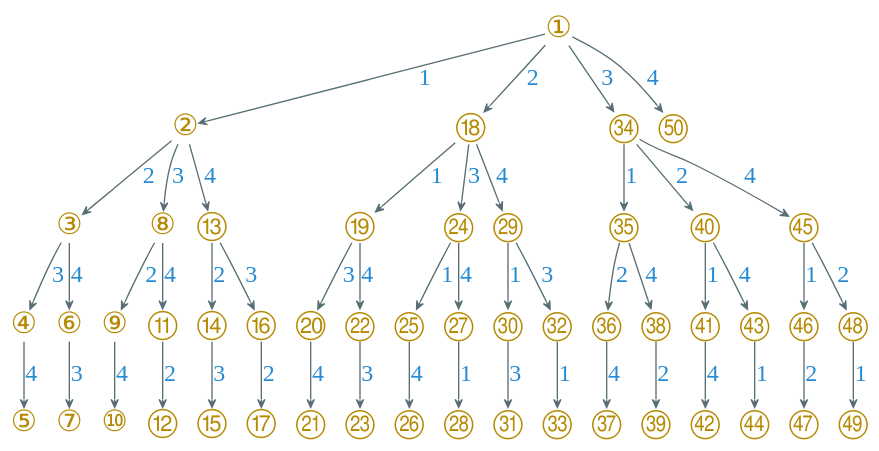
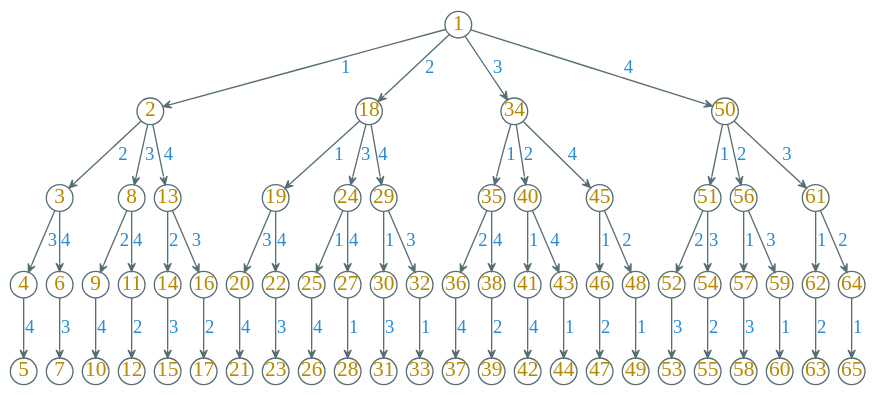
One commit to Avanti1980/course-alg changed the diagram in dot/four-queen-solution-space.dot. Above: the diagram before and after it, drawn with Graphviz. The commit also changed 7 other files, not shown here.

```diff
--- a/dot/four-queen-solution-space.dot
+++ b/dot/four-queen-solution-space.dot
@@ -1,78 +1,100 @@
 digraph g {
     bgcolor=transparent
     rankdir=TB
-    graph [nodesep=0.2, ranksep=0.4]
-    node [shape=plain, color="#586e75", fontcolor="#b58900", fontsize=22, fontname="LXGWWenKai"]
-    edge [arrowhead=vee, color="#586e75", fontcolor="#268bd2", fontsize=18, fontname="LXGWWenKai" arrowsize=0.6]
+    graph [nodesep=0.1, ranksep=0.4]
+    node [shape=circle, fixedsize=true, width=0.28, color="#586e75", fontcolor="#b58900", fontsize=16, fontname="LXGWWenKai"]
+    edge [arrowhead=vee, color="#586e75", fontcolor="#268bd2", fontsize=14, fontname="LXGWWenKai" arrowsize=0.6]
 
-    ① -> ② [label="1"]
-    ① -> ⑱ [label="2"]
-    ① -> ㉞ [label="3"]
-    ① -> ㊿ [label="4"]
+    1 -> 2 [label="1"]
+    1 -> 18 [label="2"]
+    1 -> 34 [label="3"]
+    1 -> 50 [label="4"]
 
-    ② -> ③ [label="2"]
-    ② -> ⑧ [label="3"]
-    ② -> ⑬ [label="4"]
+    2 -> 3 [label="2"]
+    2 -> 8 [label="3"]
+    2 -> 13 [label="4"]
 
-    ③ -> ④ [label="3"]
-    ③ -> ⑥ [label="4"]
+    3 -> 4 [label="3"]
+    3 -> 6 [label="4"]
 
-    ④ -> ⑤ [label="4"]
-    ⑥ -> ⑦ [label="3"]
+    4 -> 5 [label="4"]
+    6 -> 7 [label="3"]
 
-    ⑧ -> ⑨ [label="2"]
-    ⑧ -> ⑪ [label="4"]
+    8 -> 9 [label="2"]
+    8 -> 11 [label="4"]
 
-    ⑨ -> ⑩ [label="4"]
-    ⑪ -> ⑫ [label="2"]
+    9 -> 10 [label="4"]
+    11 -> 12 [label="2"]
 
-    ⑬ -> ⑭ [label="2"]
-    ⑬ -> ⑯ [label="3"]
+    13 -> 14 [label="2"]
+    13 -> 16 [label="3"]
 
-    ⑭ -> ⑮ [label="3"]
-    ⑯ -> ⑰ [label="2"]
+    14 -> 15 [label="3"]
+    16 -> 17 [label="2"]
 
-    ⑱ -> ⑲ [label="1"]
-    ⑱ -> ㉔ [label="3"]
-    ⑱ -> ㉙ [label="4"]
+    18 -> 19 [label="1"]
+    18 -> 24 [label="3"]
+    18 -> 29 [label="4"]
 
-    ⑲ -> ⑳ [label="3"]
-    ⑲ -> ㉒ [label="4"]
+    19 -> 20 [label="3"]
+    19 -> 22 [label="4"]
 
-    ⑳ -> ㉑ [label="4"]
-    ㉒ -> ㉓ [label="3"]
+    20 -> 21 [label="4"]
+    22 -> 23 [label="3"]
 
-    ㉔ -> ㉕ [label="1"]
-    ㉔ -> ㉗ [label="4"]
+    24 -> 25 [label="1"]
+    24 -> 27 [label="4"]
 
-    ㉕ -> ㉖ [label="4"]
-    ㉗ -> ㉘ [label="1"]
+    25 -> 26 [label="4"]
+    27 -> 28 [label="1"]
 
-    ㉙ -> ㉚ [label="1"]
-    ㉙ -> ㉜ [label="3"]
+    29 -> 30 [label="1"]
+    29 -> 32 [label="3"]
 
-    ㉚ -> ㉛ [label="3"]
-    ㉜ -> ㉝ [label="1"]
+    30 -> 31 [label="3"]
+    32 -> 33 [label="1"]
 
-    ㉞ -> ㉟ [label="1"]
-    ㉞ -> ㊵ [label="2"]
-    ㉞ -> ㊺ [label="4"]
+    34 -> 35 [label="1"]
+    34 -> 40 [label="2"]
+    34 -> 45 [label="4"]
 
-    ㉟ -> ㊱ [label="2"]
-    ㉟ -> ㊳ [label="4"]
+    35 -> 36 [label="2"]
+    35 -> 38 [label="4"]
 
-    ㊱ -> ㊲ [label="4"]
-    ㊳ -> ㊴ [label="2"]
+    36 -> 37 [label="4"]
+    38 -> 39 [label="2"]
 
-    ㊵ -> ㊶ [label="1"]
-    ㊵ -> ㊸ [label="4"]
+    40 -> 41 [label="1"]
+    40 -> 43 [label="4"]
 
-    ㊶ -> ㊷ [label="4"]
-    ㊸ -> ㊹ [label="1"]
+    41 -> 42 [label="4"]
+    43 -> 44 [label="1"]
 
-    ㊺ -> ㊻ [label="1"]
-    ㊺ -> ㊽ [label="2"]
+    45 -> 46 [label="1"]
+    45 -> 48 [label="2"]
 
-    ㊻ -> ㊼ [label="2"]
-    ㊽ -> ㊾ [label="1"]
+    46 -> 47 [label="2"]
+    48 -> 49 [label="1"]
+
+    50 -> 51 [label="1"]
+    50 -> 56 [label="2"]
+    50 -> 61 [label="3"]
+
+    51 -> 52 [label="2"]
+    51 -> 54 [label="3"]
+
+    52 -> 53 [label="3"]
+    54 -> 55 [label="2"]
+
+    56 -> 57 [label="1"]
+    56 -> 59 [label="3"]
+
+    57 -> 58 [label="3"]
+    59 -> 60 [label="1"]
+
+    61 -> 62 [label="1"]
+    61 -> 64 [label="2"]
+
+    62 -> 63 [label="2"]
+    64 -> 65 [label="1"]
 }
```
